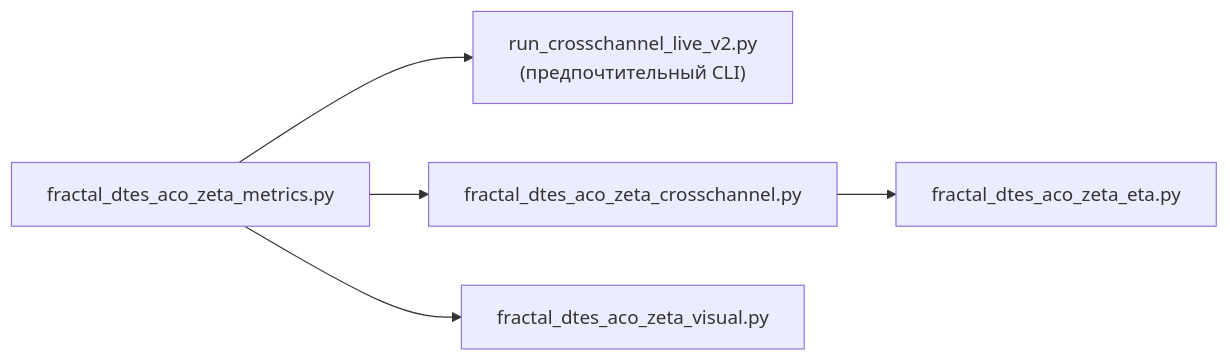
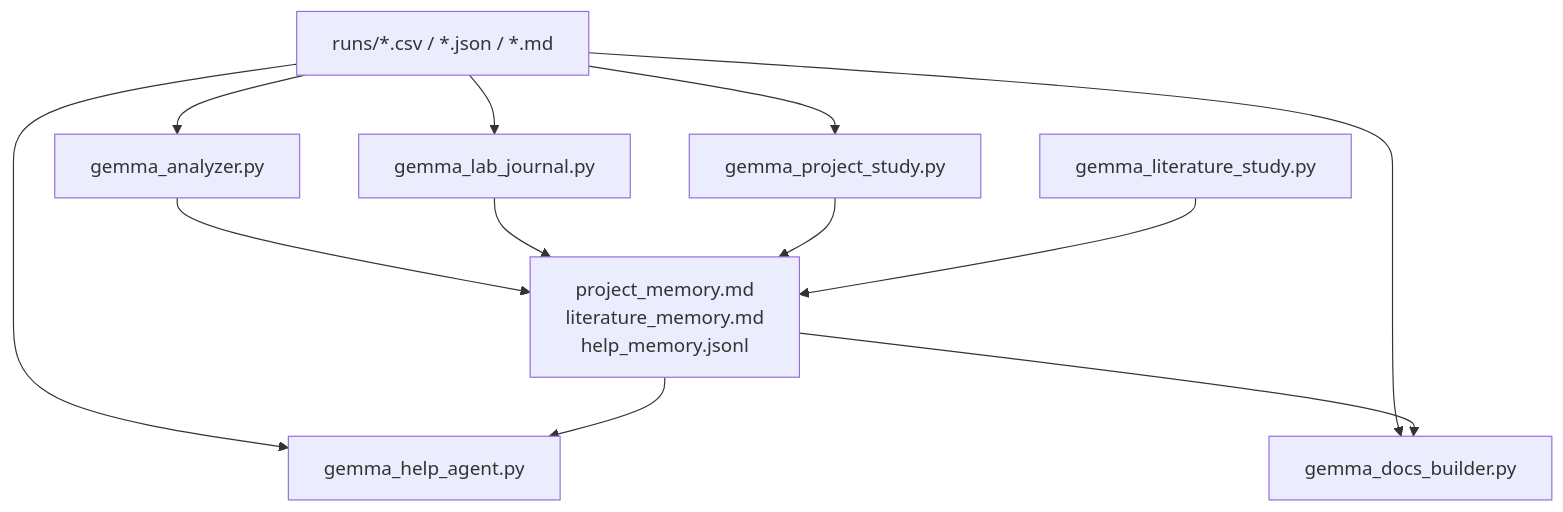
Before and after one commit to maxmurtazin/Ant-RH: the fifth of 6 diagrams in Docs/diagram/architecture.md, drawn with Mermaid. The commit also changed other lines of this file and 135 other files, not shown here.

````diff
--- a/Docs/diagram/architecture.md
+++ b/Docs/diagram/architecture.md
@@ -95,9 +161,23 @@
 ```mermaid
-flowchart LR
-  M["fractal_dtes_aco_zeta_metrics.py"]
-  V2["run_crosschannel_live_v2.py\n(предпочтительный CLI)"]
-  M --> V2
-  M --> CC["fractal_dtes_aco_zeta_crosschannel.py"]
-  CC --> ETA["fractal_dtes_aco_zeta_eta.py"]
-  M --> VIS["fractal_dtes_aco_zeta_visual.py"]
+flowchart TB
+  RUNS["runs/*.csv / *.json / *.md"]
+  ANALYZER["gemma_analyzer.py"]
+  JOURNAL["gemma_lab_journal.py"]
+  PROJECT["gemma_project_study.py"]
+  LIT["gemma_literature_study.py"]
+  DOCS["gemma_docs_builder.py"]
+  HELP["gemma_help_agent.py"]
+  MEM["project_memory.md\nliterature_memory.md\nhelp_memory.jsonl"]
+
+  RUNS --> ANALYZER
+  RUNS --> JOURNAL
+  RUNS --> PROJECT
+  RUNS --> DOCS
+  RUNS --> HELP
+  ANALYZER --> MEM
+  JOURNAL --> MEM
+  PROJECT --> MEM
+  LIT --> MEM
+  MEM --> HELP
+  MEM --> DOCS
 ```
````
